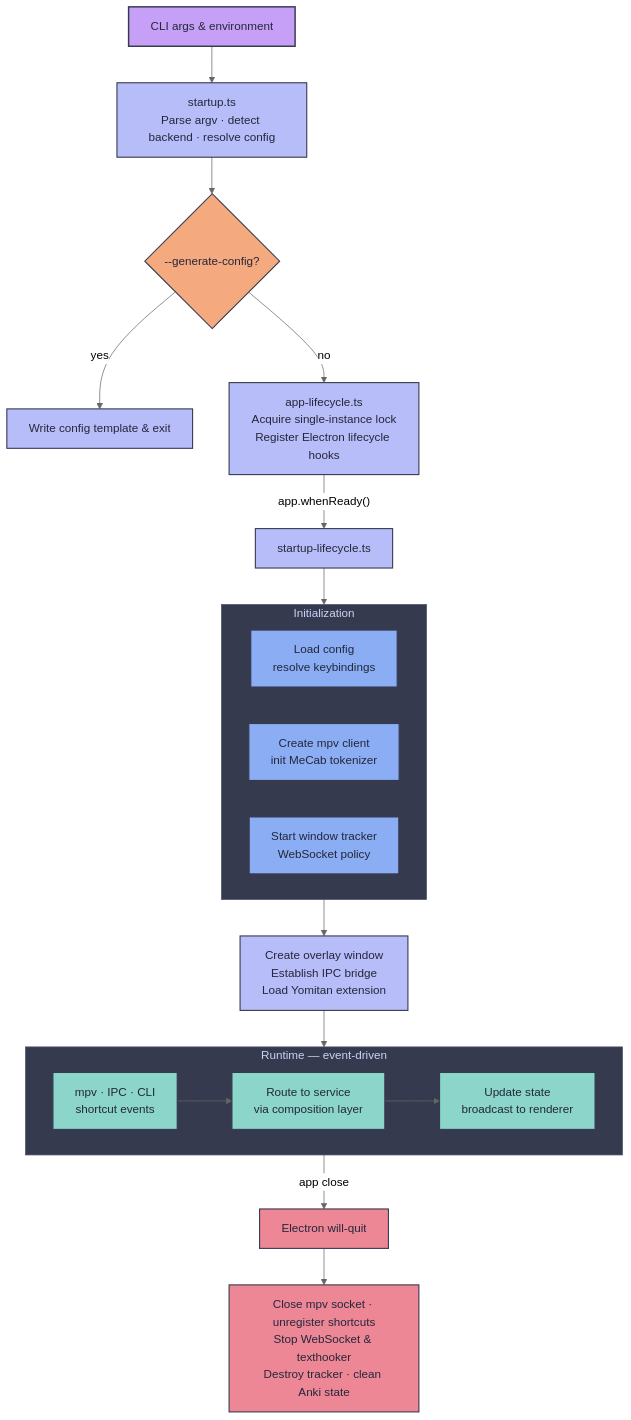
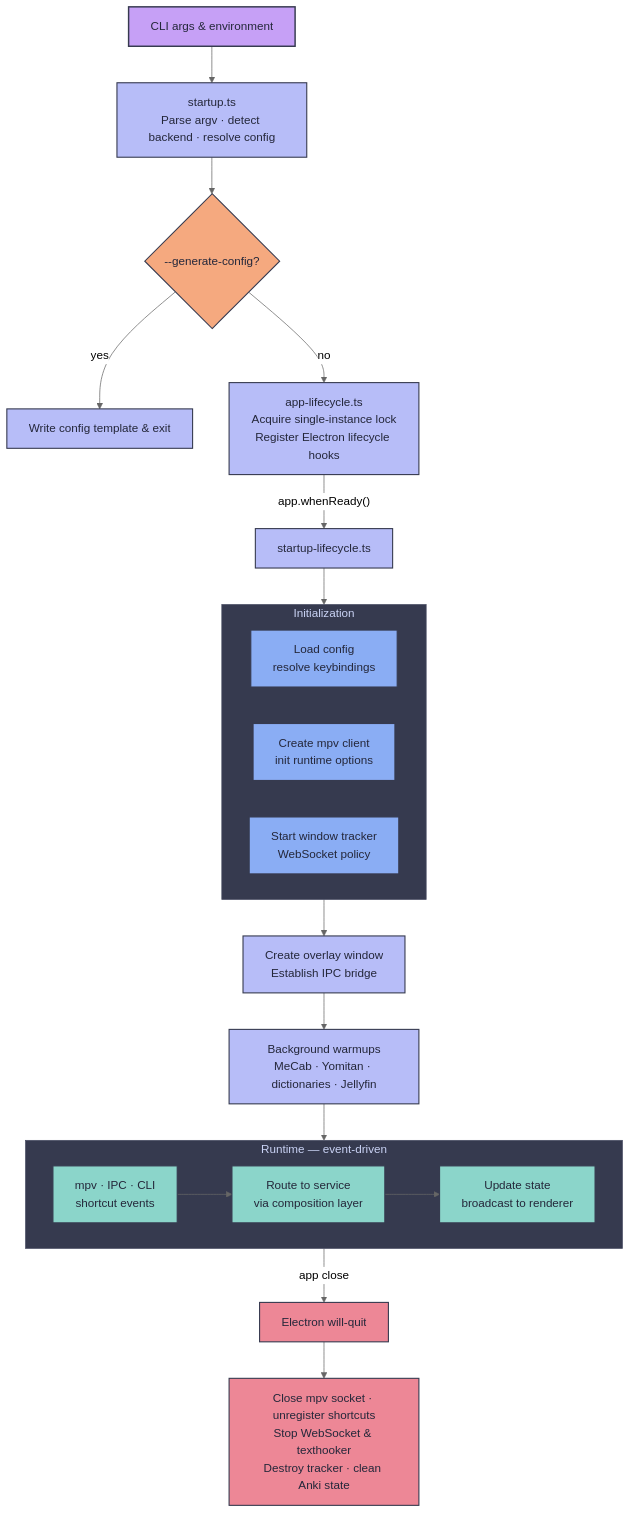
One commit to ksyasuda/SubMiner changed the second of 2 diagrams in docs/architecture.md. Above: the diagram before and after it, drawn with Mermaid (neutral theme). The commit also changed other lines of this file and 17 other files, not shown here.

````diff
--- a/docs/architecture.md
+++ b/docs/architecture.md
@@ -177,41 +177,42 @@
 ```mermaid
 flowchart TD
   classDef start fill:#c6a0f6,stroke:#363a4f,color:#24273a,stroke-width:2px
   classDef phase fill:#b7bdf8,stroke:#363a4f,color:#24273a,stroke-width:1.5px
   classDef decision fill:#f5a97f,stroke:#363a4f,color:#24273a,stroke-width:1.5px
   classDef init fill:#8aadf4,stroke:#363a4f,color:#24273a,stroke-width:1.5px
   classDef runtime fill:#8bd5ca,stroke:#363a4f,color:#24273a,stroke-width:1.5px
   classDef shutdown fill:#ed8796,stroke:#363a4f,color:#24273a,stroke-width:1.5px
 
   CLI["CLI args & environment"]:::start
   CLI --> Parse["startup.ts<br/>Parse argv · detect backend · resolve config"]:::phase
   Parse --> GenCheck{"--generate-config?"}:::decision
   GenCheck -->|yes| GenExit["Write config template & exit"]:::phase
   GenCheck -->|no| Lifecycle["app-lifecycle.ts<br/>Acquire single-instance lock<br/>Register Electron lifecycle hooks"]:::phase
   Lifecycle -->|"app.whenReady()"| Ready["startup-lifecycle.ts"]:::phase
 
   Ready --> Init
   subgraph Init["Initialization"]
     direction LR
     Config["Load config<br/>resolve keybindings"]:::init
-    Runtime["Create mpv client<br/>init MeCab tokenizer"]:::init
+    Runtime["Create mpv client<br/>init runtime options"]:::init
     Platform["Start window tracker<br/>WebSocket policy"]:::init
   end
 
-  Init --> Create["Create overlay window<br/>Establish IPC bridge<br/>Load Yomitan extension"]:::phase
+  Init --> Create["Create overlay window<br/>Establish IPC bridge"]:::phase
+  Create --> Warm["Background warmups<br/>MeCab · Yomitan · dictionaries · Jellyfin"]:::phase
 
-  Create --> Loop
+  Warm --> Loop
   subgraph Loop["Runtime — event-driven"]
     direction LR
     Events["mpv · IPC · CLI<br/>shortcut events"]:::runtime
     Dispatch["Route to service<br/>via composition layer"]:::runtime
     State["Update state<br/>broadcast to renderer"]:::runtime
     Events --> Dispatch --> State
   end
 
   Loop -->|"app close"| Quit["Electron will-quit"]:::shutdown
   Quit --> Teardown["Close mpv socket · unregister shortcuts<br/>Stop WebSocket & texthooker<br/>Destroy tracker · clean Anki state"]:::shutdown
 
   style Init fill:#363a4f,stroke:#494d64,color:#cad3f5
   style Loop fill:#363a4f,stroke:#494d64,color:#cad3f5
 ```
````
